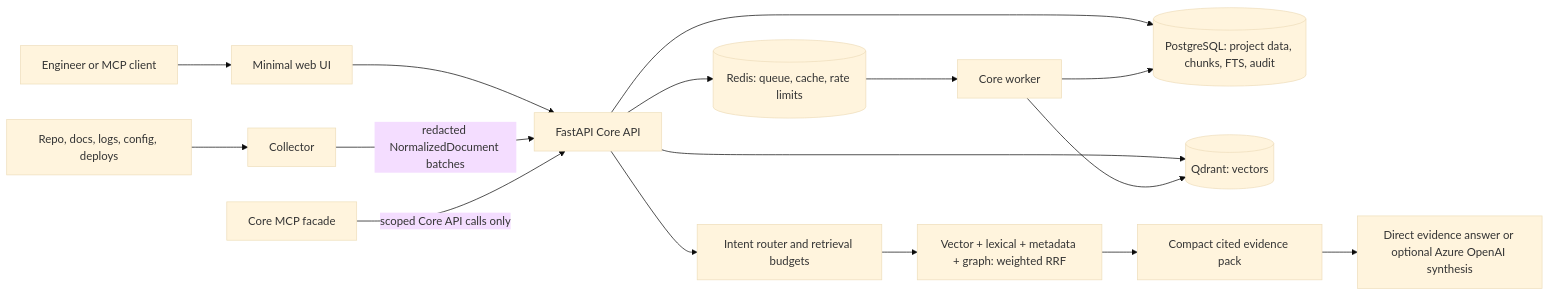
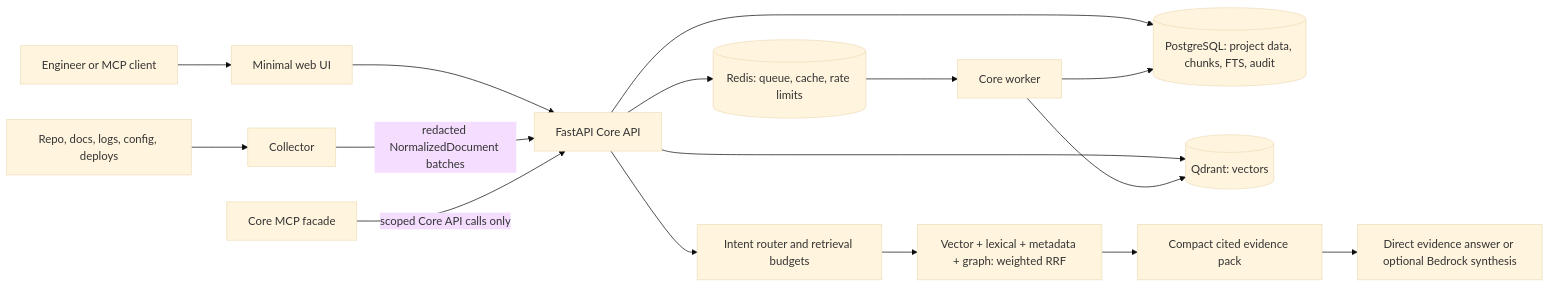
Before and after one commit to Auro-rium/Ops-Incident-Core: the diagram in README.md, drawn with Mermaid (base theme). The commit also changed other lines of this file and 50 other files, not shown here.

````diff
--- a/README.md
+++ b/README.md
@@ -41,18 +41,18 @@
 ```mermaid
 flowchart LR
   User[Engineer or MCP client] --> UI[Minimal web UI]
   UI --> API[FastAPI Core API]
   Source[Repo, docs, logs, config, deploys] --> Collector[Collector]
   Collector -->|redacted NormalizedDocument batches| API
   API --> PG[(PostgreSQL: project data, chunks, FTS, audit)]
   API --> QD[(Qdrant: vectors)]
   API --> Redis[(Redis: queue, cache, rate limits)]
   Redis --> Worker[Core worker]
   Worker --> PG
   Worker --> QD
   API --> Router[Intent router and retrieval budgets]
   Router --> Fusion[Vector + lexical + metadata + graph: weighted RRF]
   Fusion --> Evidence[Compact cited evidence pack]
-  Evidence --> Answer[Direct evidence answer or optional Azure OpenAI synthesis]
+  Evidence --> Answer[Direct evidence answer or optional Bedrock synthesis]
   MCP[Core MCP facade] -->|scoped Core API calls only| API
 ```
````
